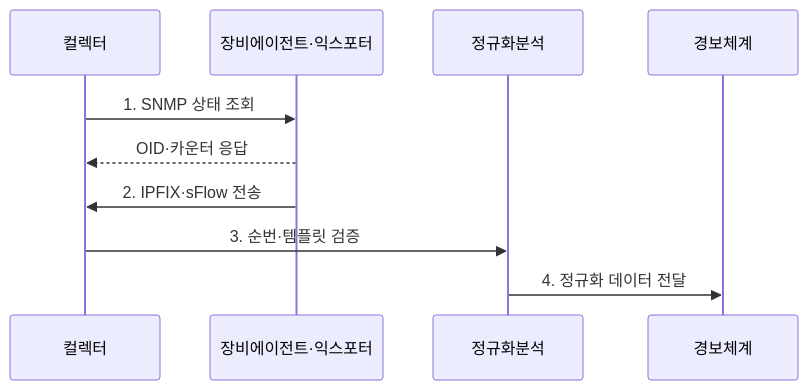
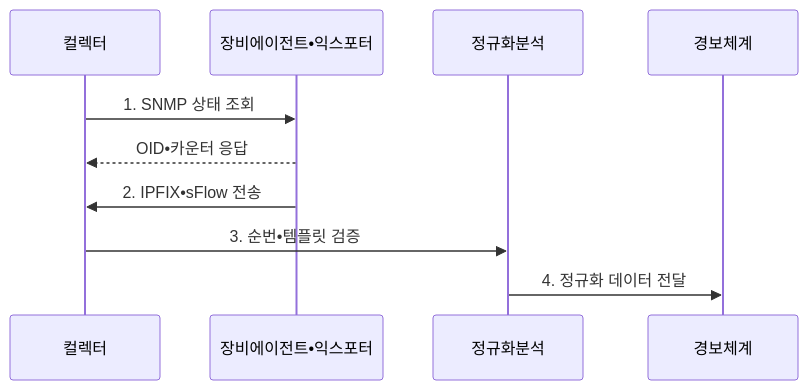
Before and after one commit to agnusdei1207/knowledge-base: the second of 2 diagrams in src/content/docs/notes/04-network/074_network_monitoring_snmp_netflow.md, drawn with Mermaid. The commit also changed other lines of this file and 953 other files, not shown here.

````diff
--- a/src/content/docs/notes/04-network/074_network_monitoring_snmp_netflow.md
+++ b/src/content/docs/notes/04-network/074_network_monitoring_snmp_netflow.md
@@ -95,12 +95,12 @@
 ```mermaid
 sequenceDiagram
     participant 컬렉터
-    participant 장비에이전트·익스포터
+    participant 장비에이전트•익스포터
     participant 정규화분석
     participant 경보체계
-    컬렉터->>장비에이전트·익스포터: 1. SNMP 상태 조회
-    장비에이전트·익스포터-->>컬렉터: OID·카운터 응답
-    장비에이전트·익스포터->>컬렉터: 2. IPFIX·sFlow 전송
-    컬렉터->>정규화분석: 3. 순번·템플릿 검증
+    컬렉터->>장비에이전트•익스포터: 1. SNMP 상태 조회
+    장비에이전트•익스포터-->>컬렉터: OID•카운터 응답
+    장비에이전트•익스포터->>컬렉터: 2. IPFIX•sFlow 전송
+    컬렉터->>정규화분석: 3. 순번•템플릿 검증
     정규화분석->>경보체계: 4. 정규화 데이터 전달
 ```
````
